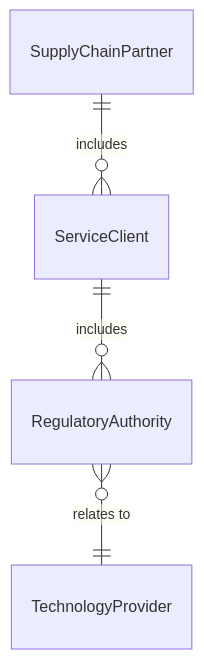
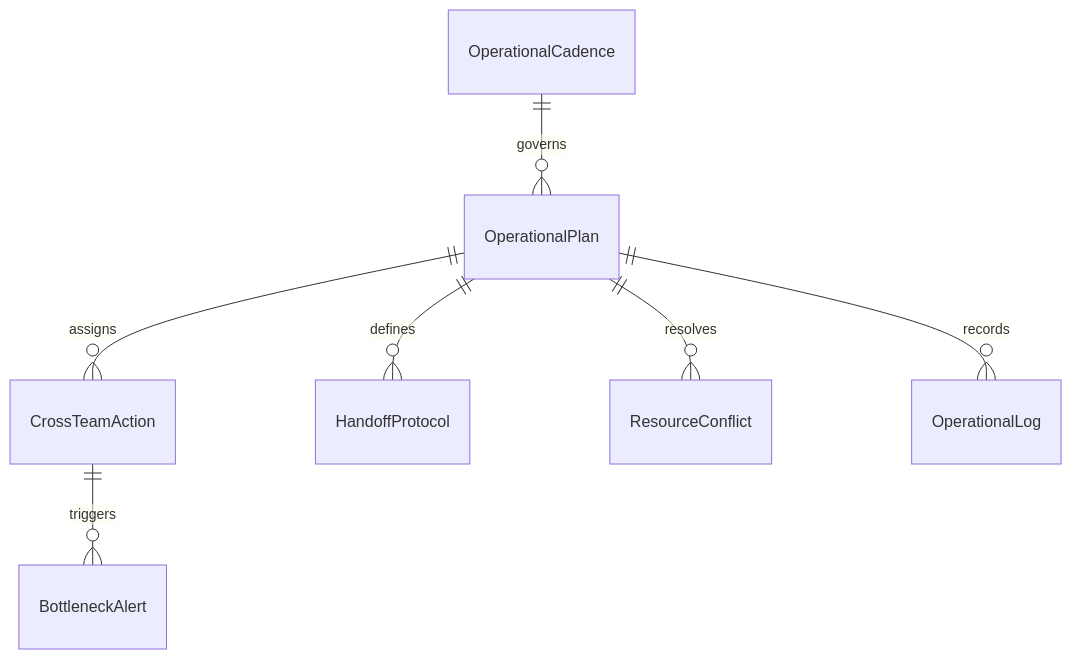
One commit to dot-org-ai/tasks.org.ai changed the first of 4 diagrams in GuidingDirectingAndMotivatingSubordinates/DirectOrganizationalOperationsActivitiesOrProcedures/CoordinateOperationalActivities.mdx. Above: the diagram before and after it, drawn with Mermaid. The commit also changed other lines of this file and 515 other files, not shown here.

````diff
--- a/GuidingDirectingAndMotivatingSubordinates/DirectOrganizationalOperationsActivitiesOrProcedures/CoordinateOperationalActivities.mdx
+++ b/GuidingDirectingAndMotivatingSubordinates/DirectOrganizationalOperationsActivitiesOrProcedures/CoordinateOperationalActivities.mdx
@@ -90,6 +90,9 @@
 ```mermaid
 erDiagram
-    SupplyChainPartner ||--o{ ServiceClient : includes
-    ServiceClient ||--o{ RegulatoryAuthority : includes
-    RegulatoryAuthority }o--|| TechnologyProvider : "relates to"
+    OperationalPlan ||--o{ CrossTeamAction : assigns
+    OperationalPlan ||--o{ HandoffProtocol : defines
+    OperationalPlan ||--o{ ResourceConflict : resolves
+    OperationalCadence ||--o{ OperationalPlan : governs
+    CrossTeamAction ||--o{ BottleneckAlert : triggers
+    OperationalPlan ||--o{ OperationalLog : records
 ```
````
